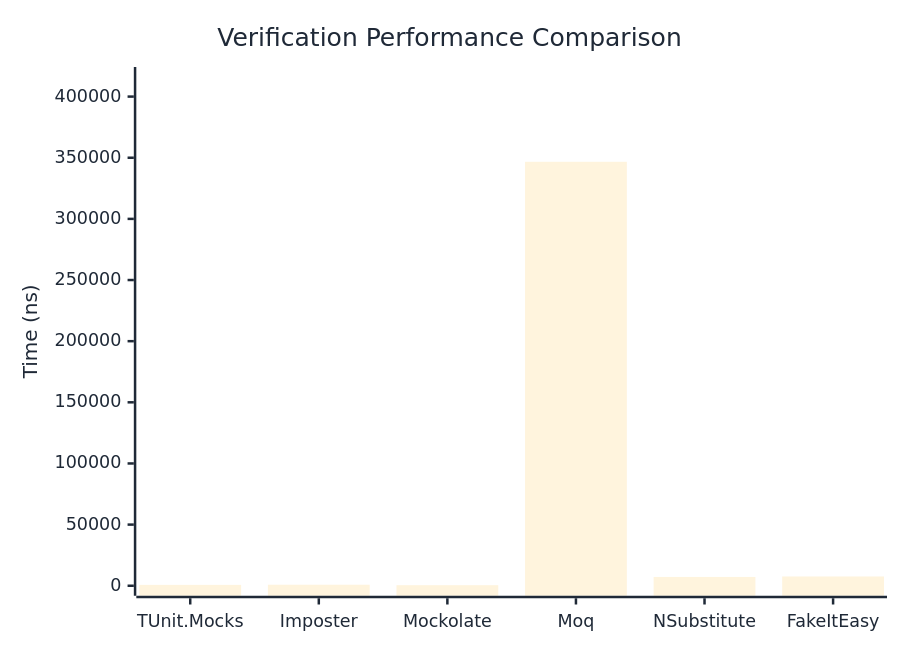
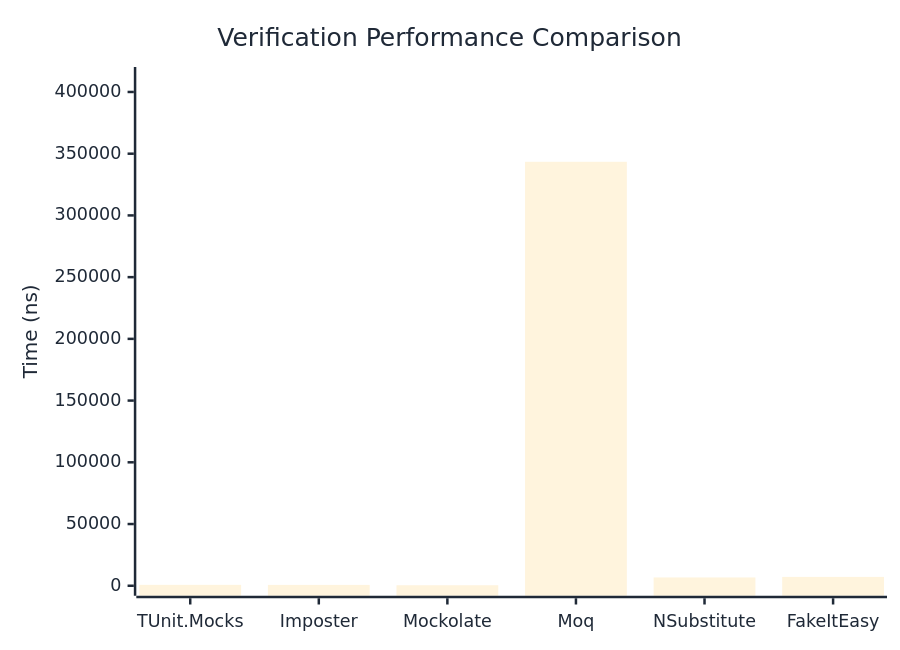
One commit to thomhurst/TUnit changed the first of 3 diagrams in docs/docs/benchmarks/mocks/Verification.md. Above: the diagram before and after it, drawn with Mermaid. The commit also changed other lines of this file and 14 other files, not shown here.

````diff
--- a/docs/docs/benchmarks/mocks/Verification.md
+++ b/docs/docs/benchmarks/mocks/Verification.md
@@ -30,27 +30,27 @@
 ```mermaid
 %%{init: {
   'theme':'base',
   'themeVariables': {
     'primaryColor': '#2563eb',
     'primaryTextColor': '#1f2937',
     'primaryBorderColor': '#1e40af',
     'lineColor': '#6b7280',
     'secondaryColor': '#7c3aed',
     'tertiaryColor': '#dc2626',
     'background': '#ffffff',
     'pie1': '#2563eb',
     'pie2': '#7c3aed',
     'pie3': '#dc2626',
     'pie4': '#f59e0b',
     'pie5': '#10b981',
     'pie6': '#06b6d4',
     'pie7': '#ec4899',
     'pie8': '#6366f1'
   }
 }}%%
 xychart-beta
   title "Verification Performance Comparison"
   x-axis ["TUnit.Mocks", "Imposter", "Mockolate", "Moq", "NSubstitute", "FakeItEasy"]
-  y-axis "Time (ns)" 0 --> 416023
-  bar [712.4, 842.11, 453.26, 346685.21, 7202.64, 7593.69]
+  y-axis "Time (ns)" 0 --> 412128
+  bar [721.27, 682.34, 407.94, 343440, 6731.68, 7158.32]
 ```
````
